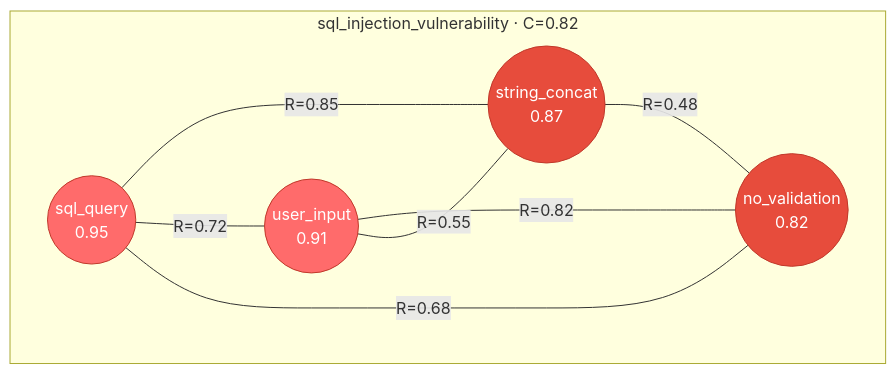
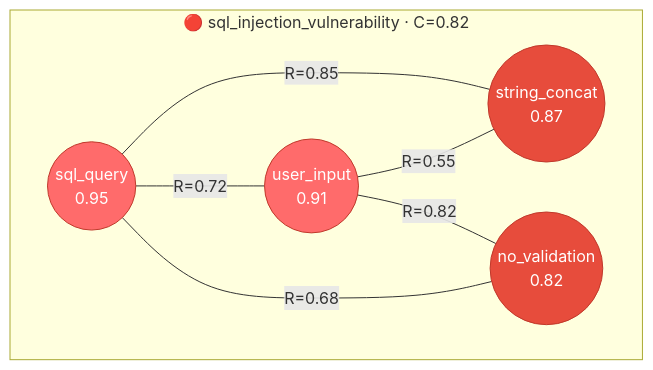
One commit to Samuele95/neos changed the fifth of 8 diagrams in README.md. Above: the diagram before and after it, drawn with Mermaid. The commit also changed other lines of this file and 6 other files, not shown here.

````diff
--- a/README.md
+++ b/README.md
@@ -186,21 +326,20 @@
 ```mermaid
 graph TB
-    subgraph Attractor["sql_injection_vulnerability · C=0.82"]
+    subgraph Attractor["🔴 sql_injection_vulnerability · C=0.82"]
         p1((sql_query<br/>0.95))
         p2((user_input<br/>0.91))
         p3((string_concat<br/>0.87))
         p4((no_validation<br/>0.82))
     end
 
     p1 ---|"R=0.85"| p3
     p2 ---|"R=0.82"| p4
     p1 ---|"R=0.72"| p2
     p1 ---|"R=0.68"| p4
     p2 ---|"R=0.55"| p3
-    p3 ---|"R=0.48"| p4
 
     style p1 fill:#ff6b6b,stroke:#c0392b,color:#fff
     style p2 fill:#ff6b6b,stroke:#c0392b,color:#fff
     style p3 fill:#e74c3c,stroke:#c0392b,color:#fff
     style p4 fill:#e74c3c,stroke:#c0392b,color:#fff
 ```
````
